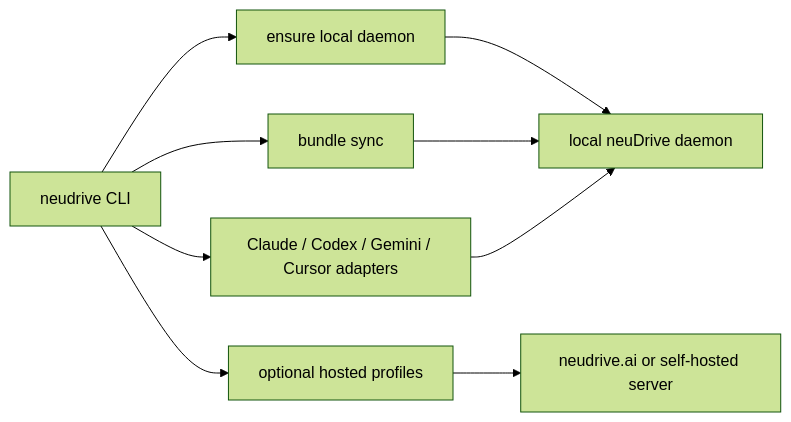
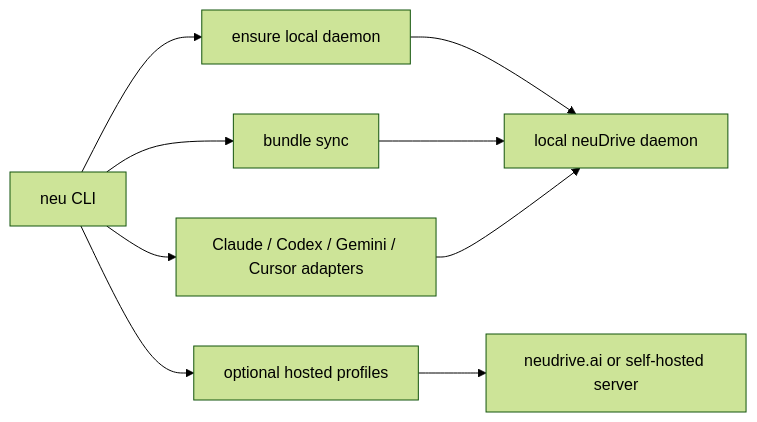
The diagram in docs/design.md (agi-bar/neuDrive), drawn with Mermaid (forest theme) before and after one commit. The commit also changed other lines of this file and 7 other files, not shown here.

Commit message:
docs: use neu in CLI examples

````diff
--- a/docs/design.md
+++ b/docs/design.md
@@ -48,11 +48,11 @@
 ```mermaid
 flowchart LR
-    CLI["neudrive CLI"] --> Ensure["ensure local daemon"]
+    CLI["neu CLI"] --> Ensure["ensure local daemon"]
     Ensure --> Local["local neuDrive daemon"]
     CLI --> Platforms["Claude / Codex / Gemini / Cursor adapters"]
     CLI --> Sync["bundle sync"]
     Sync --> Local
     CLI --> Remote["optional hosted profiles"]
     Remote --> Hosted["neudrive.ai or self-hosted server"]
     Platforms --> Local
 ```
````
